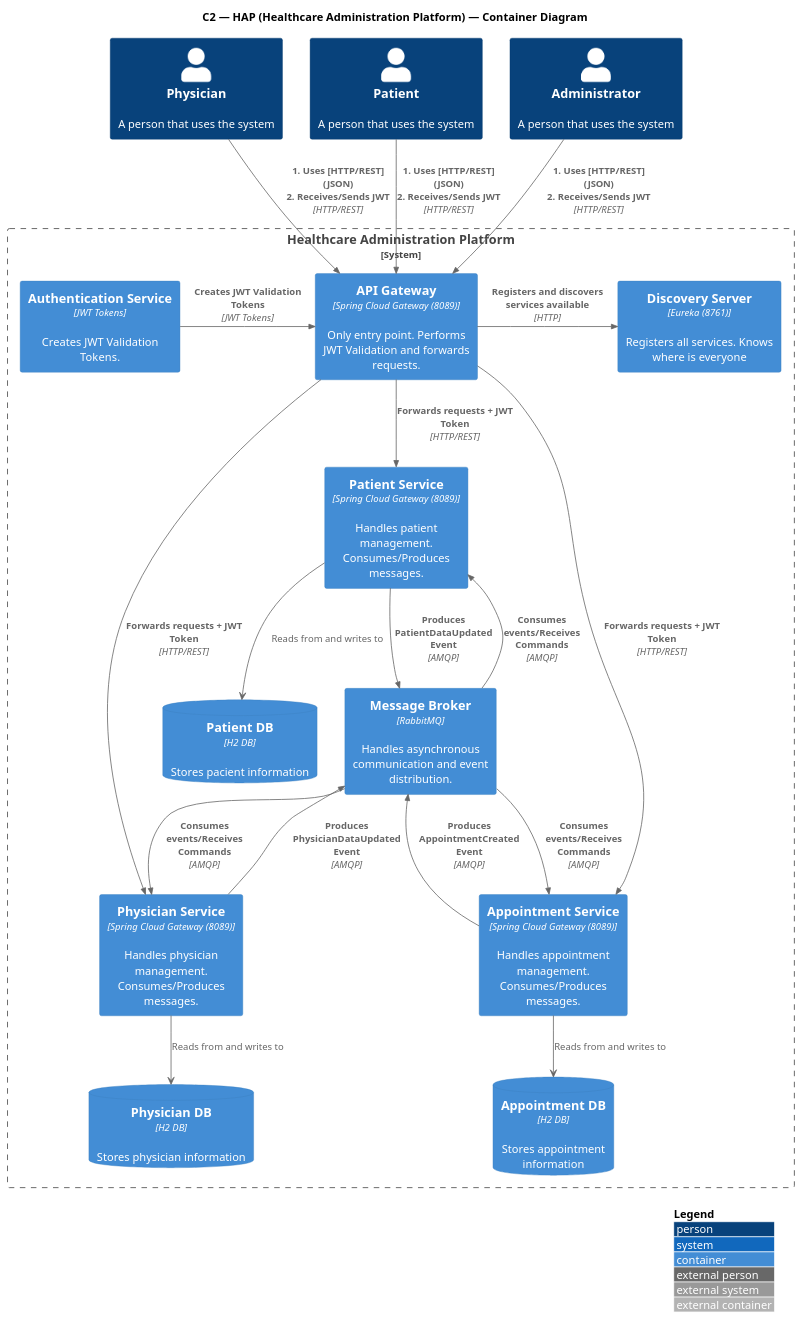
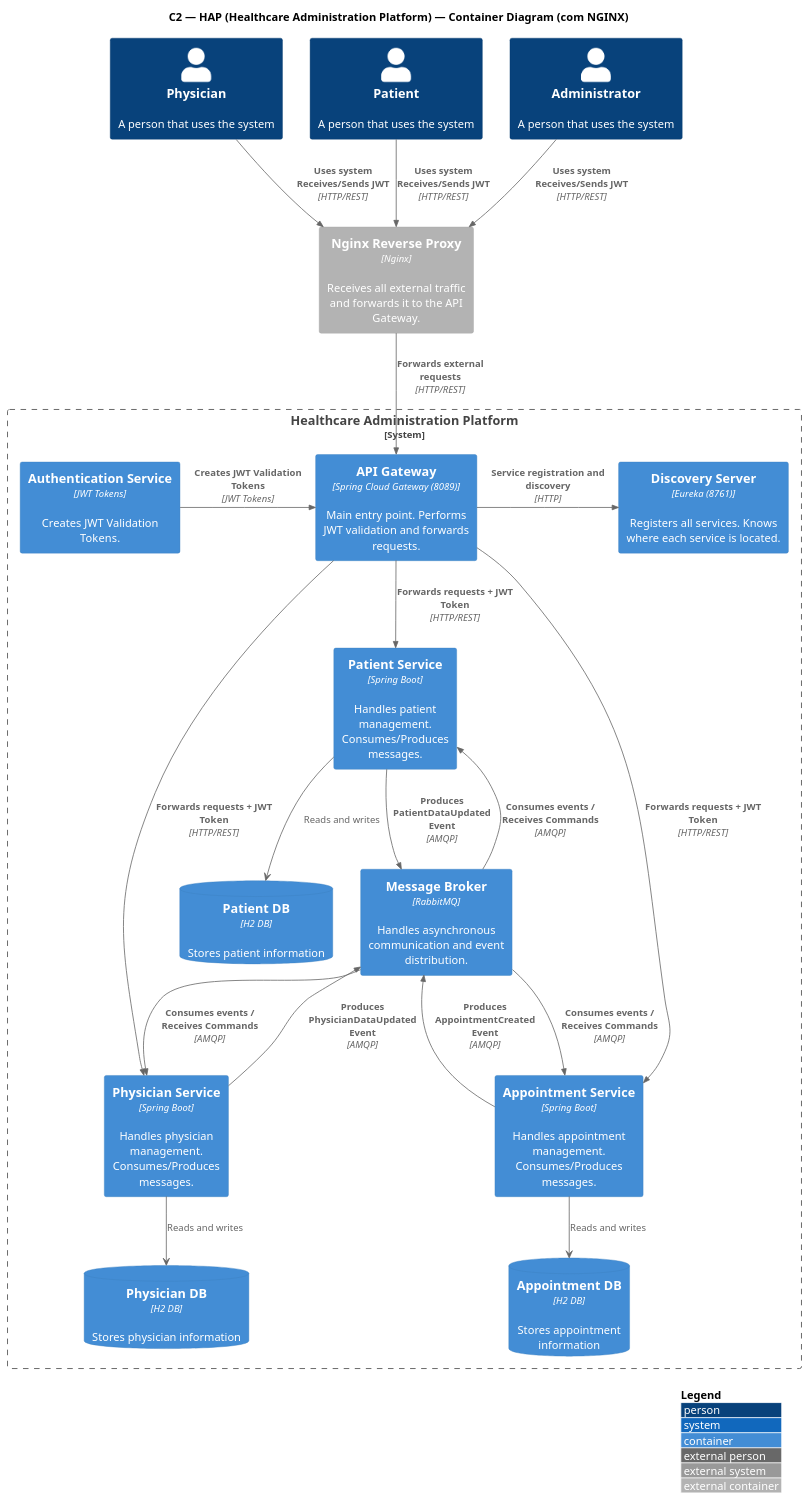
The diagram in docs/iteração2/C4/C2.puml (1211104/PROJ_SIDIS2025), drawn with PlantUML before and after one commit. The commit also changed 7 other files, not shown here.

```diff
--- a/docs/iteração2/C4/C2.puml
+++ b/docs/iteração2/C4/C2.puml
@@ -1,55 +1,65 @@
 @startuml
-title C2 — HAP (Healthcare Administration Platform) — Container Diagram
+title C2 — HAP (Healthcare Administration Platform) — Container Diagram (com NGINX)
 
 !include https://raw.githubusercontent.com/plantuml-stdlib/C4-PlantUML/master/C4_Container.puml
 LAYOUT_WITH_LEGEND()
 
 Person(physician, "Physician", "A person that uses the system")
 Person(patient, "Patient", "A person that uses the system")
 Person(admin, "Administrator", "A person that uses the system")
 
+skinparam shadowing false
 
-skinparam shadowing false
+
+Container_Ext(nginx, "Nginx Reverse Proxy", "Nginx", "Receives all external traffic and forwards it to the API Gateway.")
+
 
 System_Boundary(hap, "Healthcare Administration Platform") {
 
-  Container(api_gw, "API Gateway", "Spring Cloud Gateway (8089)", "Only entry point. Performs JWT Validation and forwards requests.")
+  Container(api_gw, "API Gateway", "Spring Cloud Gateway (8089)", "Main entry point. Performs JWT validation and forwards requests.")
   Container(authService, "Authentication Service", "JWT Tokens", "Creates JWT Validation Tokens.")
-  Container(discovery_server, "Discovery Server", "Eureka (8761)", "Registers all services. Knows where is everyone")
+  Container(discovery_server, "Discovery Server", "Eureka (8761)", "Registers all services. Knows where each service is located.")
   Container(rabbitmq, "Message Broker", "RabbitMQ", "Handles asynchronous communication and event distribution.")
 
+  Container(physiansService, "Physician Service", "Spring Boot", "Handles physician management. Consumes/Produces messages.")
+  Container(patientsService, "Patient Service", "Spring Boot", "Handles patient management. Consumes/Produces messages.")
+  Container(appointmentService, "Appointment Service", "Spring Boot", "Handles appointment management. Consumes/Produces messages.")
 
-  Container(physiansService, "Physician Service", "Spring Cloud Gateway (8089)", "Handles physician management. Consumes/Produces messages.")
-  Container(patientsService, "Patient Service", "Spring Cloud Gateway (8089)", "Handles patient management. Consumes/Produces messages.")
-  Container(appointmentService, "Appointment Service", "Spring Cloud Gateway (8089)", "Handles appointment management. Consumes/Produces messages.")
-
-
-  ContainerDb(PatientsDB, "Patient DB", "H2 DB", "Stores pacient information")
+  ContainerDb(PatientsDB, "Patient DB", "H2 DB", "Stores patient information")
   ContainerDb(PhysiciansDB, "Physician DB", "H2 DB", "Stores physician information")
   ContainerDb(AppointmentsDB, "Appointment DB", "H2 DB", "Stores appointment information")
 
 }
 
-Rel_Down(physician, api_gw, "1. Uses [HTTP/REST] (JSON)\n2. Receives/Sends JWT", "HTTP/REST")
-Rel_Down(patient, api_gw, "1. Uses [HTTP/REST] (JSON)\n2. Receives/Sends JWT", "HTTP/REST")
-Rel_Down(admin, api_gw, "1. Uses [HTTP/REST] (JSON)\n2. Receives/Sends JWT", "HTTP/REST")
-Rel_Right(authService, api_gw, "Creates JWT Validation Tokens","JWT Tokens")
+
+Rel(physician, nginx, "Uses system\nReceives/Sends JWT", "HTTP/REST")
+Rel(patient, nginx, "Uses system\nReceives/Sends JWT", "HTTP/REST")
+Rel(admin, nginx, "Uses system\nReceives/Sends JWT", "HTTP/REST")
+
+
+Rel(nginx, api_gw, "Forwards external requests", "HTTP/REST")
+
+
+Rel_Right(authService, api_gw, "Creates JWT Validation Tokens", "JWT Tokens")
 
 Rel_Down(api_gw, physiansService, "Forwards requests + JWT Token", "HTTP/REST")
 Rel_Down(api_gw, patientsService, "Forwards requests + JWT Token", "HTTP/REST")
 Rel_Down(api_gw, appointmentService, "Forwards requests + JWT Token", "HTTP/REST")
-Rel_Right(api_gw, discovery_server, "Registers and discovers services available", "HTTP")
+
+Rel_Right(api_gw, discovery_server, "Service registration and discovery", "HTTP")
+
 
 Rel(appointmentService, rabbitmq, "Produces AppointmentCreated Event", "AMQP")
 Rel(physiansService, rabbitmq, "Produces PhysicianDataUpdated Event", "AMQP")
 Rel_Right(patientsService, rabbitmq, "Produces PatientDataUpdated Event", "AMQP")
 
-Rel(rabbitmq, patientsService, "Consumes events/Receives Commands", "AMQP")
-Rel(rabbitmq, physiansService, "Consumes events/Receives Commands", "AMQP")
-Rel(rabbitmq, appointmentService, "Consumes events/Receives Commands", "AMQP")
+Rel(rabbitmq, patientsService, "Consumes events / Receives Commands", "AMQP")
+Rel(rabbitmq, physiansService, "Consumes events / Receives Commands", "AMQP")
+Rel(rabbitmq, appointmentService, "Consumes events / Receives Commands", "AMQP")
 
-patientsService --> PatientsDB : Reads from and writes to
-physiansService --> PhysiciansDB : Reads from and writes to
-appointmentService --> AppointmentsDB : Reads from and writes to
+
+patientsService --> PatientsDB : Reads and writes
+physiansService --> PhysiciansDB : Reads and writes
+appointmentService --> AppointmentsDB : Reads and writes
 
 @enduml
```
